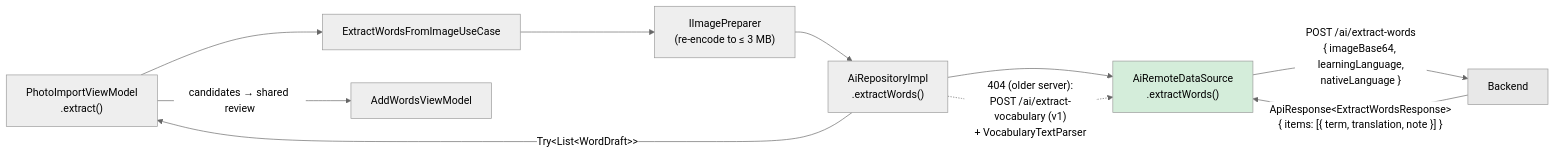
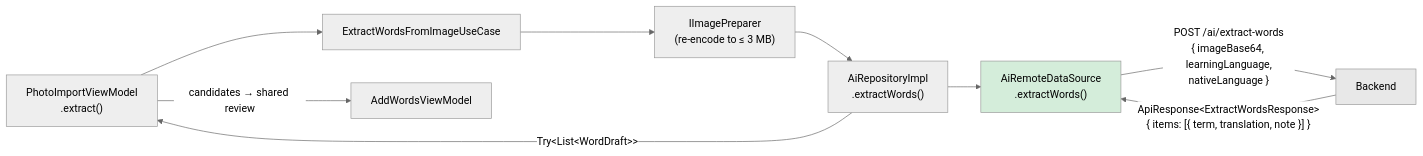
Before and after one commit to rezaiyan/Lexicon: diagram 39 of 42 in doc/api-architecture.md, drawn with Mermaid (neutral theme). The commit also changed other lines of this file and 13 other files, not shown here.

````diff
--- a/doc/api-architecture.md
+++ b/doc/api-architecture.md
@@ -1484,15 +1482,14 @@
 ```mermaid
 graph LR
     A["PhotoImportViewModel<br/>.extract()"] --> B["ExtractWordsFromImageUseCase"]
     B --> C["IImagePreparer<br/>(re-encode to ≤ 3 MB)"]
     C --> D["AiRepositoryImpl<br/>.extractWords()"]
     D --> E["AiRemoteDataSource<br/>.extractWords()"]
     E -->|"POST /ai/extract-words<br/>{ imageBase64, learningLanguage,<br/>nativeLanguage }"| G["Backend"]
     G -->|"ApiResponse&lt;ExtractWordsResponse&gt;<br/>{ items: [{ term, translation, note }] }"| E
-    D -.->|"404 (older server):<br/>POST /ai/extract-vocabulary (v1)<br/>+ VocabularyTextParser"| E
     D -->|"Try&lt;List&lt;WordDraft&gt;&gt;"| A
     A -->|"candidates → shared review"| R["AddWordsViewModel"]
 
     style E fill:#d4edda
     style G fill:#e8e8e8
 ```
````
